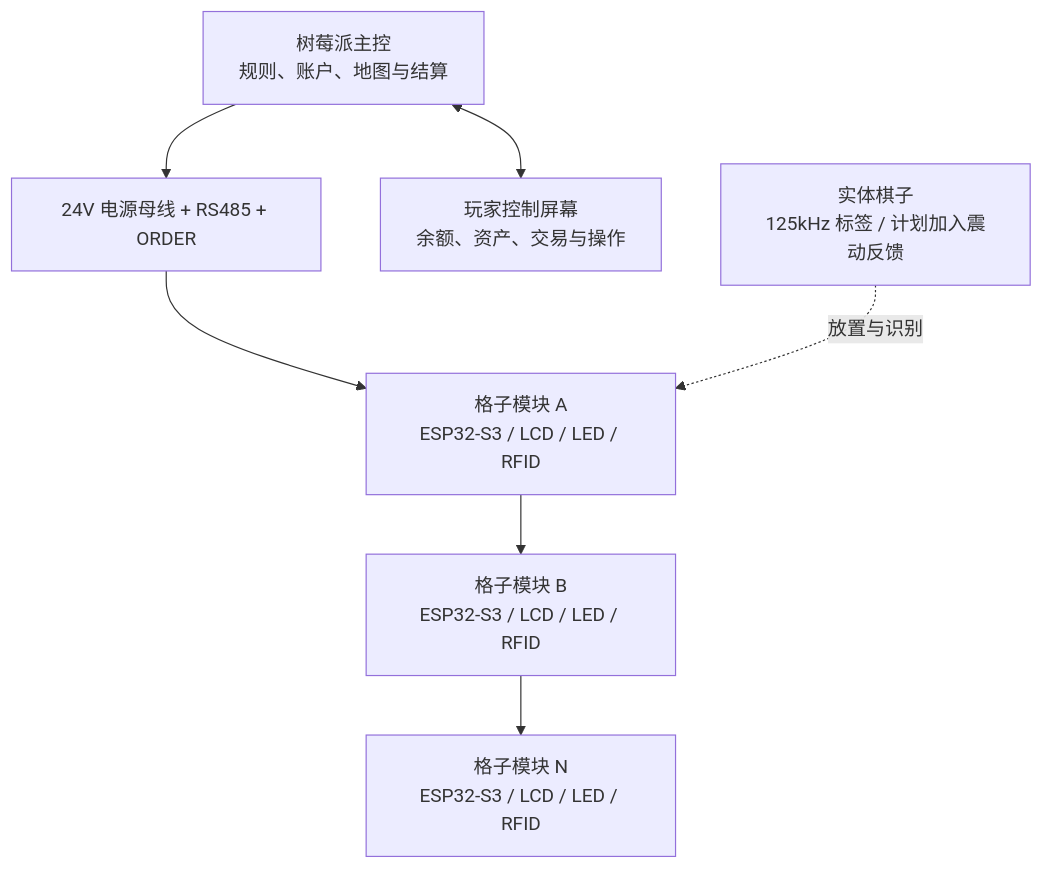
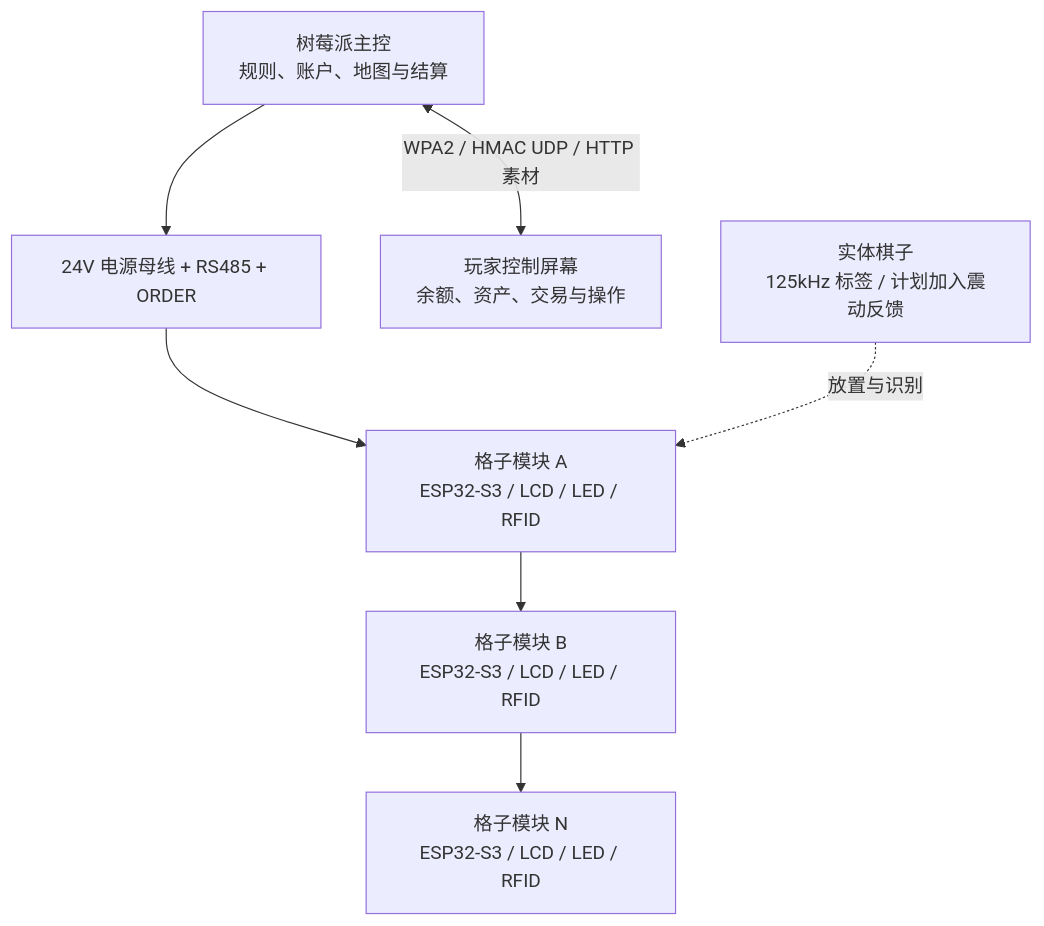
One commit to Ha22yX/Gridopoly changed the diagram in README.md. Above: the diagram before and after it, drawn with Mermaid. The commit also changed other lines of this file and 30 other files, not shown here.

````diff
--- a/README.md
+++ b/README.md
@@ -43,17 +43,17 @@
 ```mermaid
 flowchart TB
     Pi["树莓派主控<br/>规则、账户、地图与结算"]
     Bus["24V 电源母线 + RS485 + ORDER"]
     TileA["格子模块 A<br/>ESP32-S3 / LCD / LED / RFID"]
     TileB["格子模块 B<br/>ESP32-S3 / LCD / LED / RFID"]
     TileN["格子模块 N<br/>ESP32-S3 / LCD / LED / RFID"]
     Player["玩家控制屏幕<br/>余额、资产、交易与操作"]
     Piece["实体棋子<br/>125kHz 标签 / 计划加入震动反馈"]
 
     Pi --> Bus
     Bus --> TileA
     TileA --> TileB
     TileB --> TileN
-    Pi <--> Player
+    Pi <-->|"WPA2 / HMAC UDP / HTTP 素材"| Player
     Piece -. 放置与识别 .-> TileA
 ```
````
